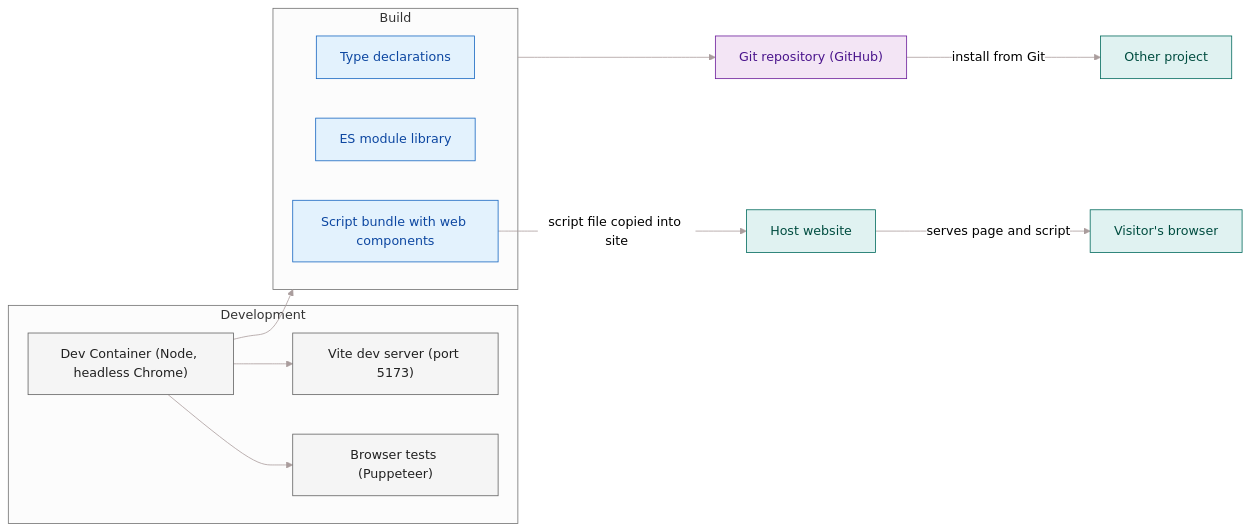
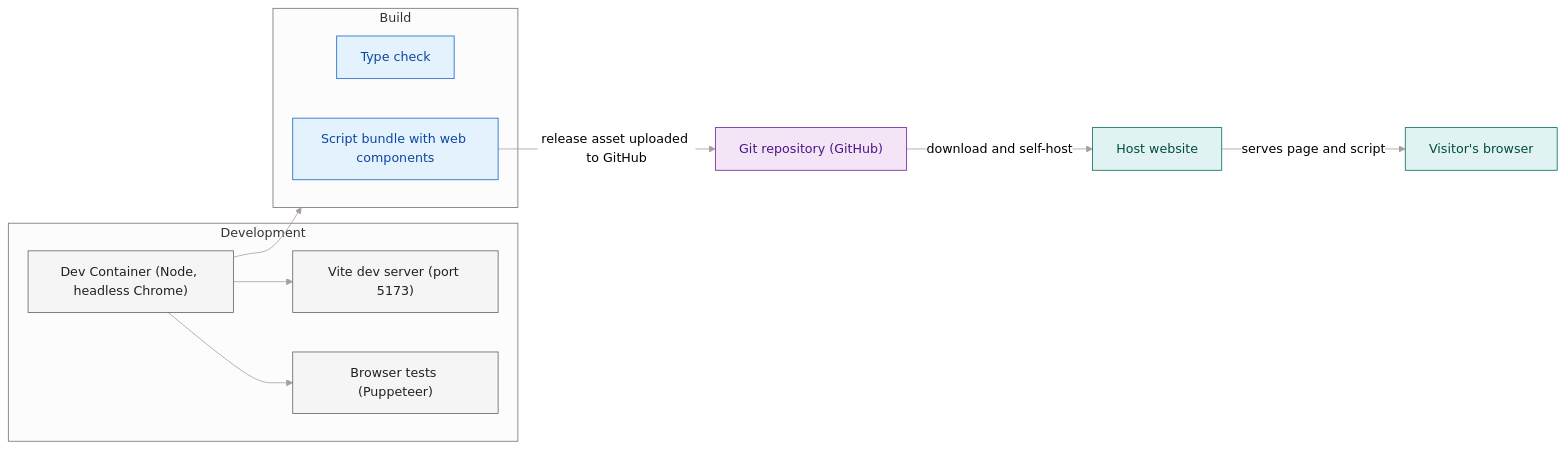
One commit to MichaelBreitung/mibreit-gallery-ts changed the seventh of 7 diagrams in doc/architecture.md. Above: the diagram before and after it, drawn with Mermaid. The commit also changed other lines of this file and 132 other files, not shown here.

Commit message:
chore : removed build artifacts; added release script

````diff
--- a/doc/architecture.md
+++ b/doc/architecture.md
@@ -450,36 +448,33 @@
 ```mermaid
 %%{init: {'theme': 'neutral', 'themeVariables': {'primaryColor': '#e3f2fd', 'lineColor': '#aa9d9d'}}}%%
 graph LR
     subgraph dev["Development"]
         dc["Dev Container (Node, headless Chrome)"]
         vite["Vite dev server (port 5173)"]
         tests["Browser tests (Puppeteer)"]
     end
     subgraph build["Build"]
-        tsc["Type declarations"]
-        esm["ES module library"]
+        tsc["Type check"]
         iife["Script bundle with web components"]
     end
     repo["Git repository (GitHub)"]
     site["Host website"]
-    consumer["Other project"]
     browser["Visitor's browser"]
 
     dc --> vite
     dc --> tests
     dc --> build
-    build --> repo
-    repo -->|"install from Git"| consumer
-    iife -->|"script file copied into site"| site
+    iife -->|"release asset uploaded to GitHub"| repo
+    repo -->|"download and self-host"| site
     site -->|"serves page and script"| browser
 
     classDef core     fill:#e3f2fd,stroke:#1565c0,stroke-width:1px,color:#0d47a1
     classDef consumer fill:#e0f2f1,stroke:#00695c,stroke-width:1px,color:#004d40
     classDef store    fill:#f3e5f5,stroke:#6a1b9a,stroke-width:1px,color:#4a148c
     classDef support  fill:#f5f5f5,stroke:#616161,color:#212121
 
-    class tsc,esm,iife core
-    class consumer,site,browser consumer
+    class tsc,iife core
+    class site,browser consumer
     class repo store
     class dc,vite,tests support
 ```
````
